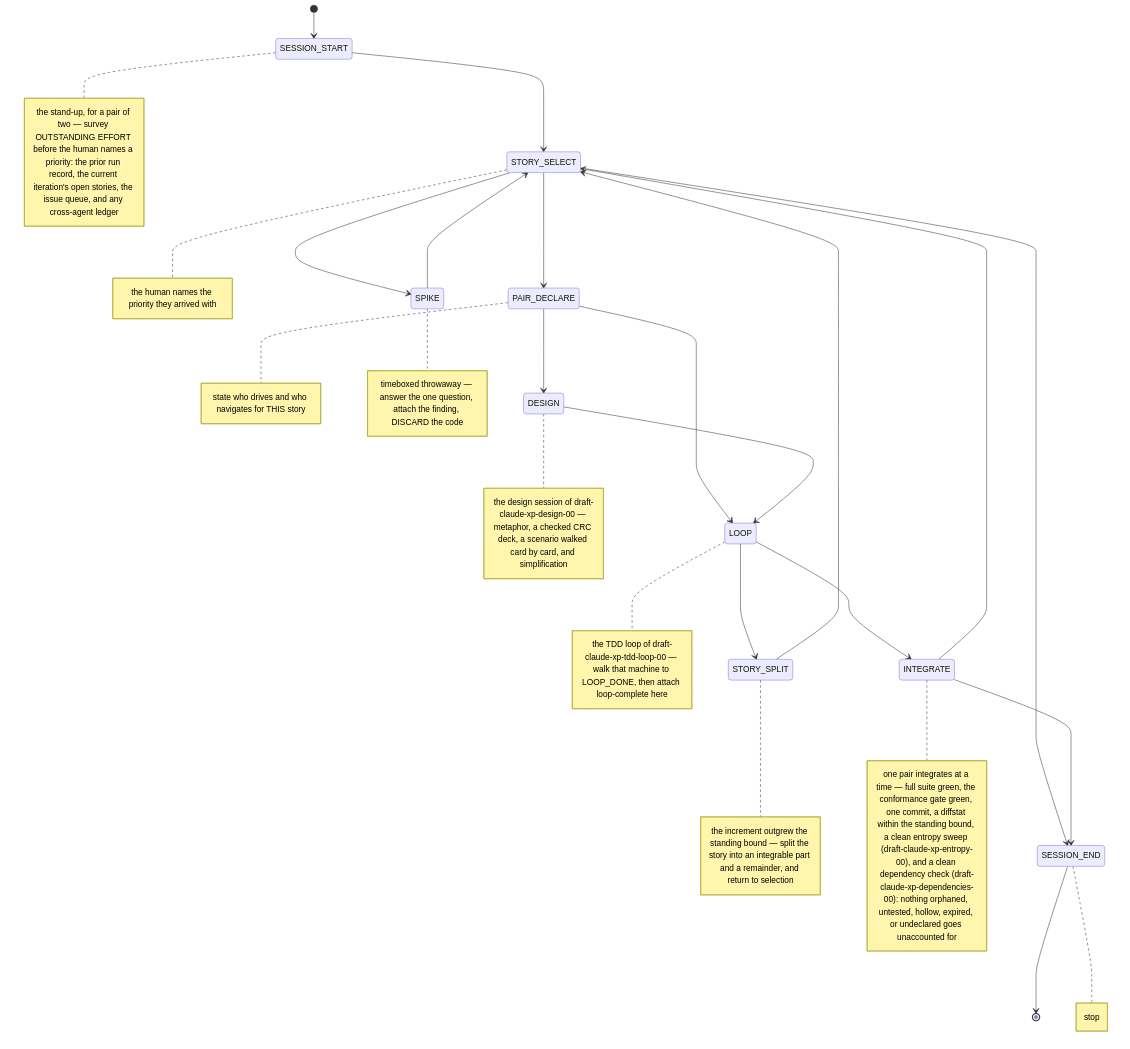
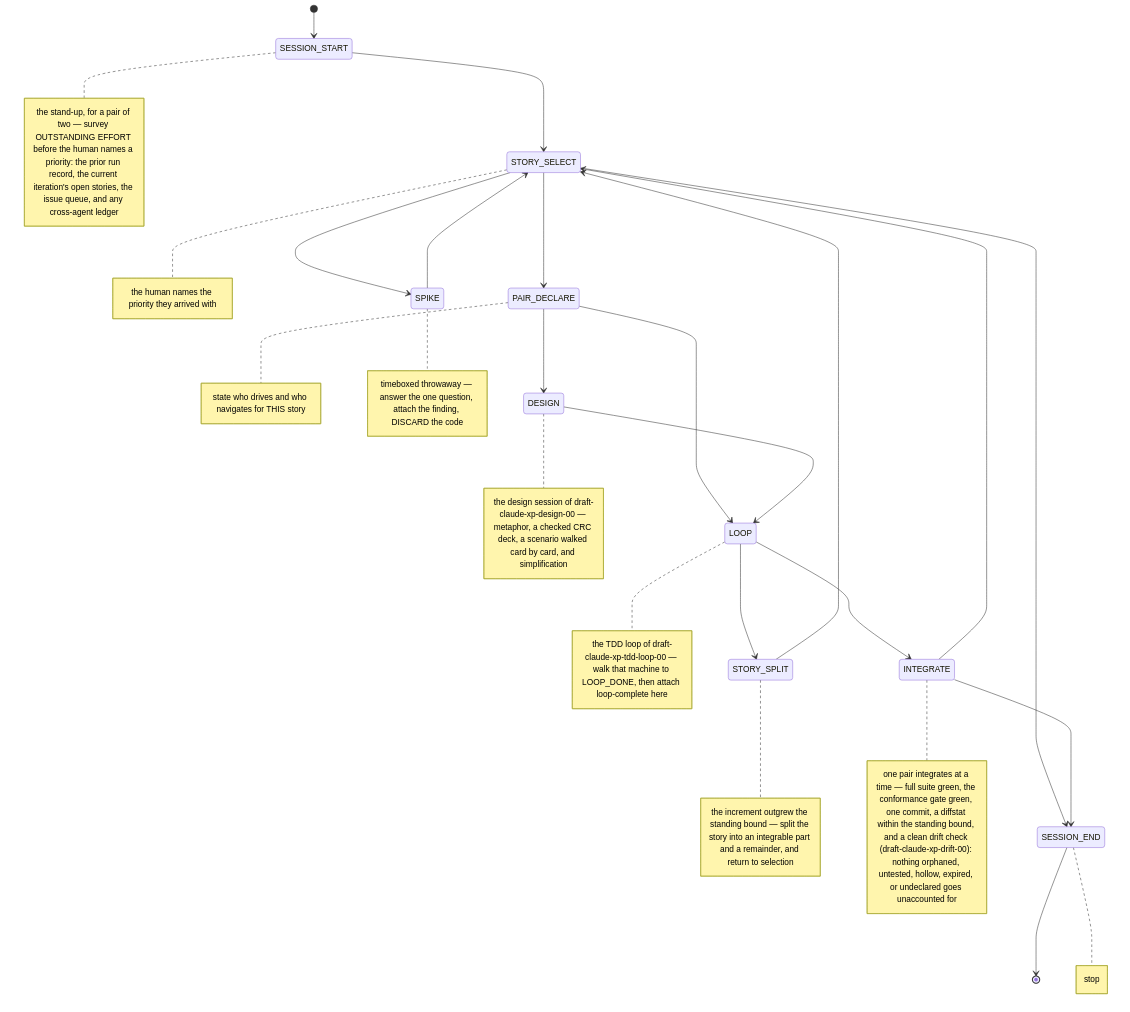
Before and after one commit to nnunley/llm-rfc-skill: the diagram in rfc/draft-claude-xp-pairing-00.md, drawn with Mermaid. The commit also changed other lines of this file and 5 other files, not shown here.

````diff
--- a/rfc/draft-claude-xp-pairing-00.md
+++ b/rfc/draft-claude-xp-pairing-00.md
@@ -133,45 +133,45 @@
 ```mermaid
 stateDiagram-v2
     [*] --> SESSION_START
     SESSION_START --> STORY_SELECT
     STORY_SELECT --> PAIR_DECLARE
     STORY_SELECT --> SPIKE
     STORY_SELECT --> SESSION_END
     SPIKE --> STORY_SELECT
     PAIR_DECLARE --> LOOP
     PAIR_DECLARE --> DESIGN
     DESIGN --> LOOP
     LOOP --> INTEGRATE
     LOOP --> STORY_SPLIT
     STORY_SPLIT --> STORY_SELECT
     INTEGRATE --> STORY_SELECT
     INTEGRATE --> SESSION_END
     SESSION_END --> [*]
     note right of DESIGN
         the design session of draft-claude-xp-design-00 — metaphor, a checked CRC deck, a scenario walked card by card, and simplification
     end note
     note right of STORY_SPLIT
         the increment outgrew the standing bound — split the story into an integrable part and a remainder, and return to selection
     end note
     note right of SESSION_END
         stop
     end note
     note right of LOOP
         the TDD loop of draft-claude-xp-tdd-loop-00 — walk that machine to LOOP_DONE, then attach loop-complete here
     end note
     note right of PAIR_DECLARE
         state who drives and who navigates for THIS story
     end note
     note right of INTEGRATE
-        one pair integrates at a time — full suite green, the conformance gate green, one commit, a diffstat within the standing bound, a clean entropy sweep (draft-claude-xp-entropy-00), and a clean dependency check (draft-claude-xp-dependencies-00): nothing orphaned, untested, hollow, expired, or undeclared goes unaccounted for
+        one pair integrates at a time — full suite green, the conformance gate green, one commit, a diffstat within the standing bound, and a clean drift check (draft-claude-xp-drift-00): nothing orphaned, untested, hollow, expired, or undeclared goes unaccounted for
     end note
     note right of SPIKE
         timeboxed throwaway — answer the one question, attach the finding, DISCARD the code
     end note
     note right of SESSION_START
         the stand-up, for a pair of two — survey OUTSTANDING EFFORT before the human names a priority: the prior run record, the current iteration's open stories, the issue queue, and any cross-agent ledger
     end note
     note right of STORY_SELECT
         the human names the priority they arrived with
     end note
 ```
````
